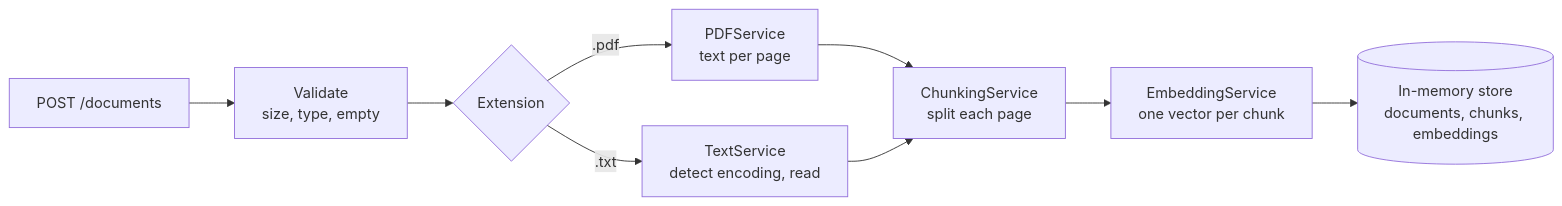
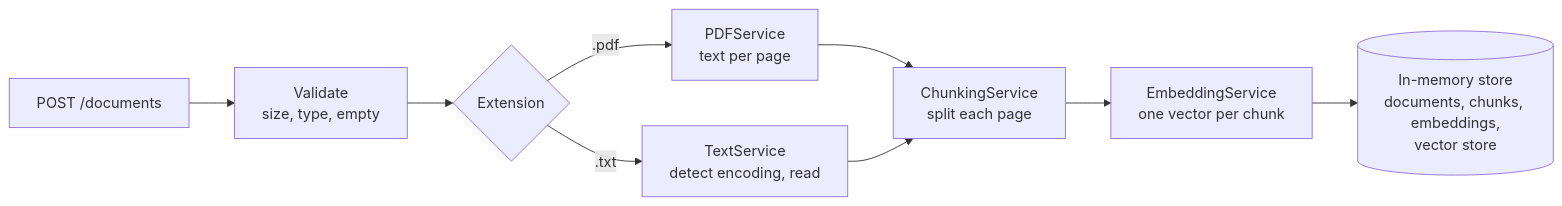
One commit to alexnakagama/doc-ai changed the diagram in README.md. Above: the diagram before and after it, drawn with Mermaid. The commit also changed other lines of this file and 11 other files, not shown here.

Commit message:
added in memory vector store with numpy

````diff
--- a/README.md
+++ b/README.md
@@ -44,11 +45,11 @@
 ```mermaid
 flowchart LR
     A[POST /documents] --> B[Validate<br/>size, type, empty]
     B --> C{Extension}
     C -- .pdf --> D[PDFService<br/>text per page]
     C -- .txt --> E[TextService<br/>detect encoding, read]
     D --> F[ChunkingService<br/>split each page]
     E --> F
     F --> G[EmbeddingService<br/>one vector per chunk]
-    G --> H[(In-memory store<br/>documents, chunks, embeddings)]
+    G --> H[(In-memory store<br/>documents, chunks, embeddings,<br/>vector store)]
 ```
````
